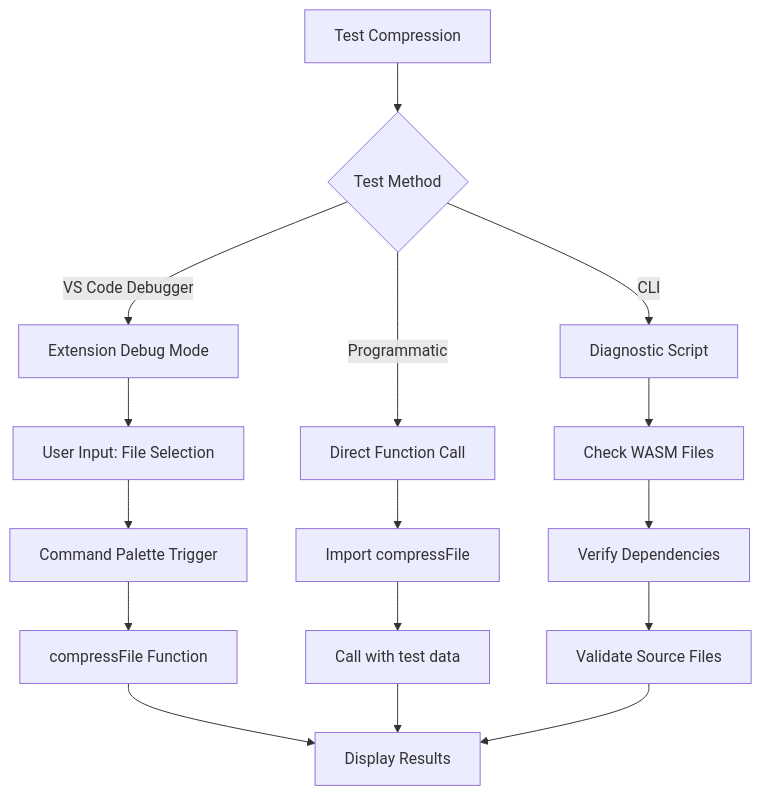
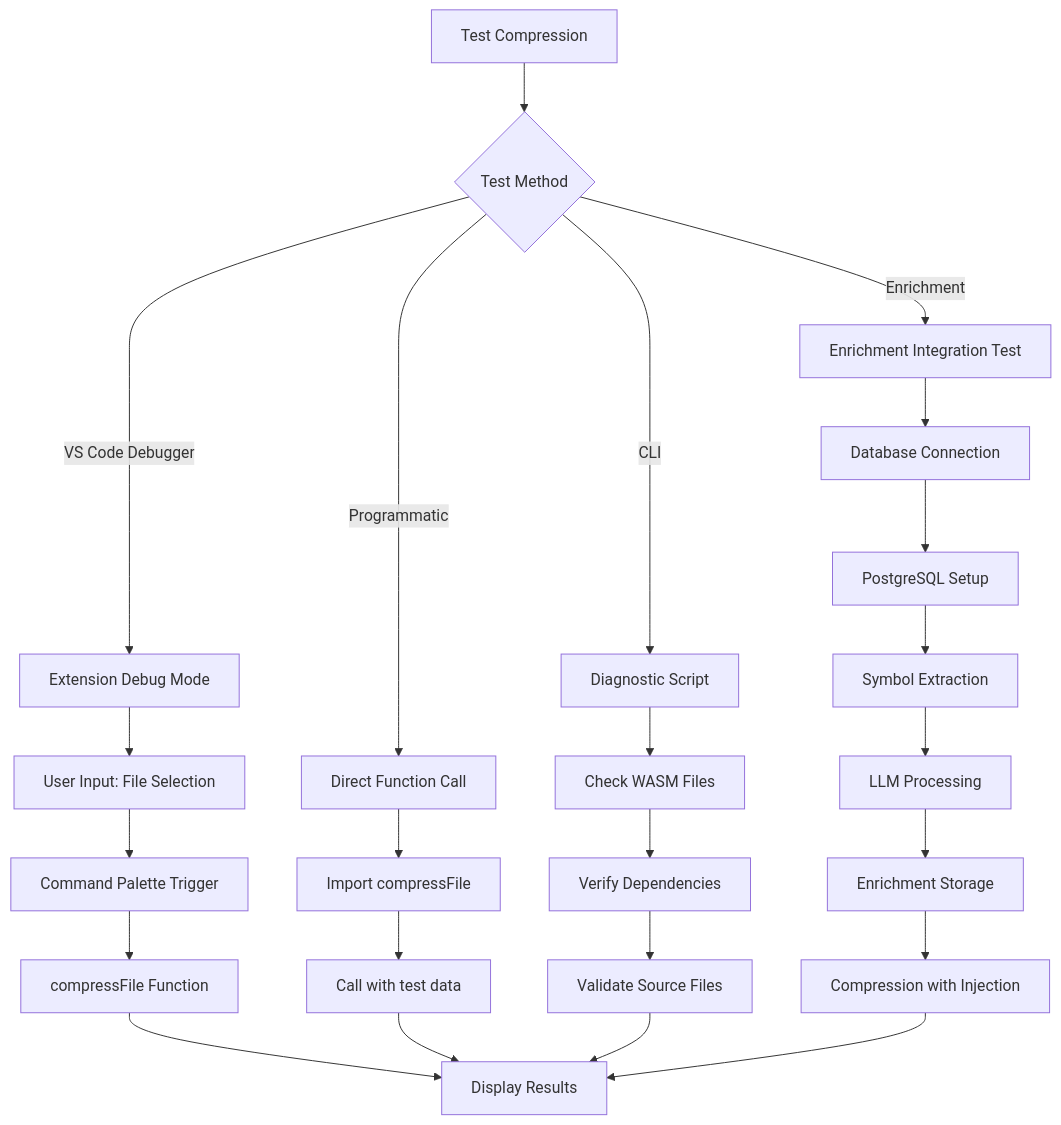
Before and after one commit to bramburn/repomix-runner: the fifth of 6 diagrams in .qoder/repowiki/en/content/Testing Framework/Compression Testing Framework.md, drawn with Mermaid. The commit also changed other lines of this file and 14 other files, not shown here.

````diff
--- a/.qoder/repowiki/en/content/Testing Framework/Compression Testing Framework.md
+++ b/.qoder/repowiki/en/content/Testing Framework/Compression Testing Framework.md
@@ -216,18 +245,26 @@
 ```mermaid
 flowchart TD
 A[Test Compression] --> B{Test Method}
 B --> |VS Code Debugger| C[Extension Debug Mode]
 B --> |Programmatic| D[Direct Function Call]
 B --> |CLI| E[Diagnostic Script]
-C --> F[User Input: File Selection]
-F --> G[Command Palette Trigger]
-G --> H[compressFile Function]
-D --> I[Import compressFile]
-I --> J[Call with test data]
-E --> K[Check WASM Files]
-K --> L[Verify Dependencies]
-L --> M[Validate Source Files]
-H --> N[Display Results]
-J --> N
-M --> N
+B --> |Enrichment| F[Enrichment Integration Test]
+C --> G[User Input: File Selection]
+F --> H[Database Connection]
+H --> I[PostgreSQL Setup]
+I --> J[Symbol Extraction]
+J --> K[LLM Processing]
+K --> L[Enrichment Storage]
+L --> M[Compression with Injection]
+G --> N[Command Palette Trigger]
+N --> O[compressFile Function]
+D --> P[Import compressFile]
+P --> Q[Call with test data]
+E --> R[Check WASM Files]
+R --> S[Verify Dependencies]
+S --> T[Validate Source Files]
+O --> U[Display Results]
+Q --> U
+T --> U
+M --> U
 ```
````
